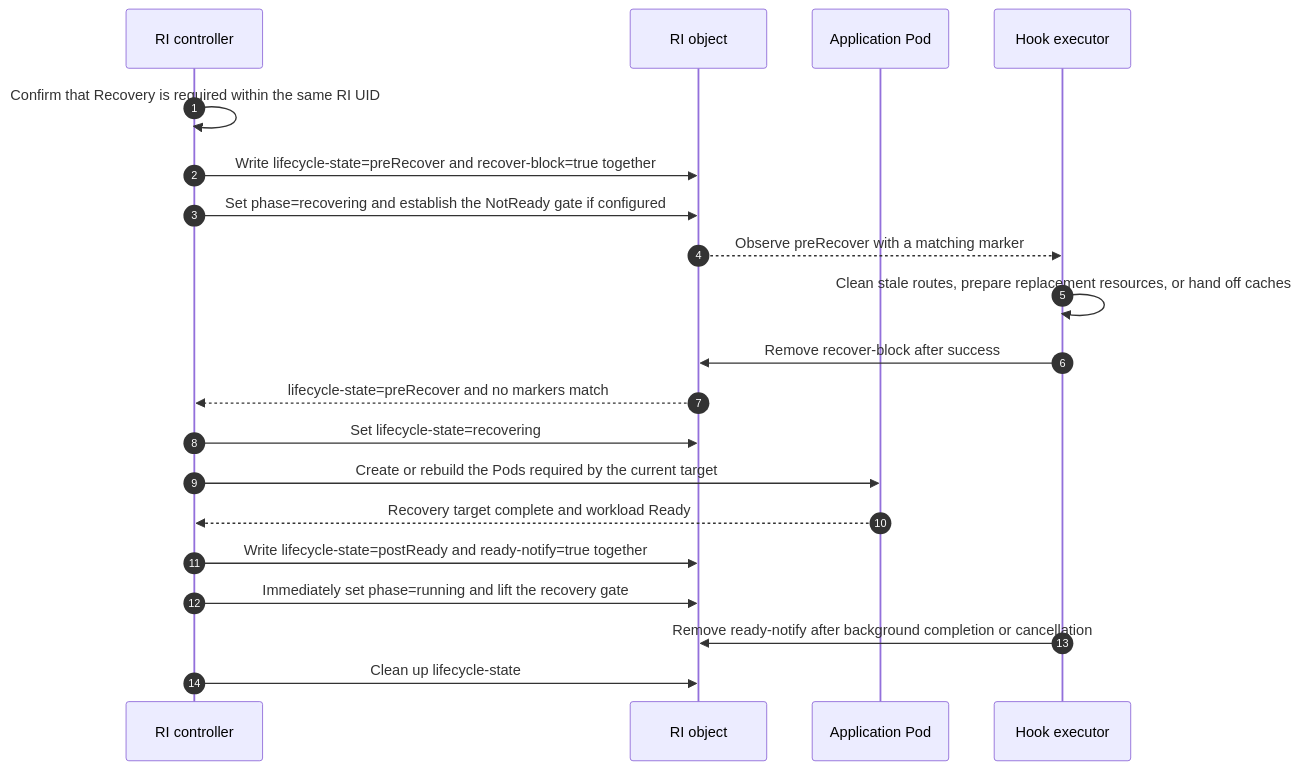
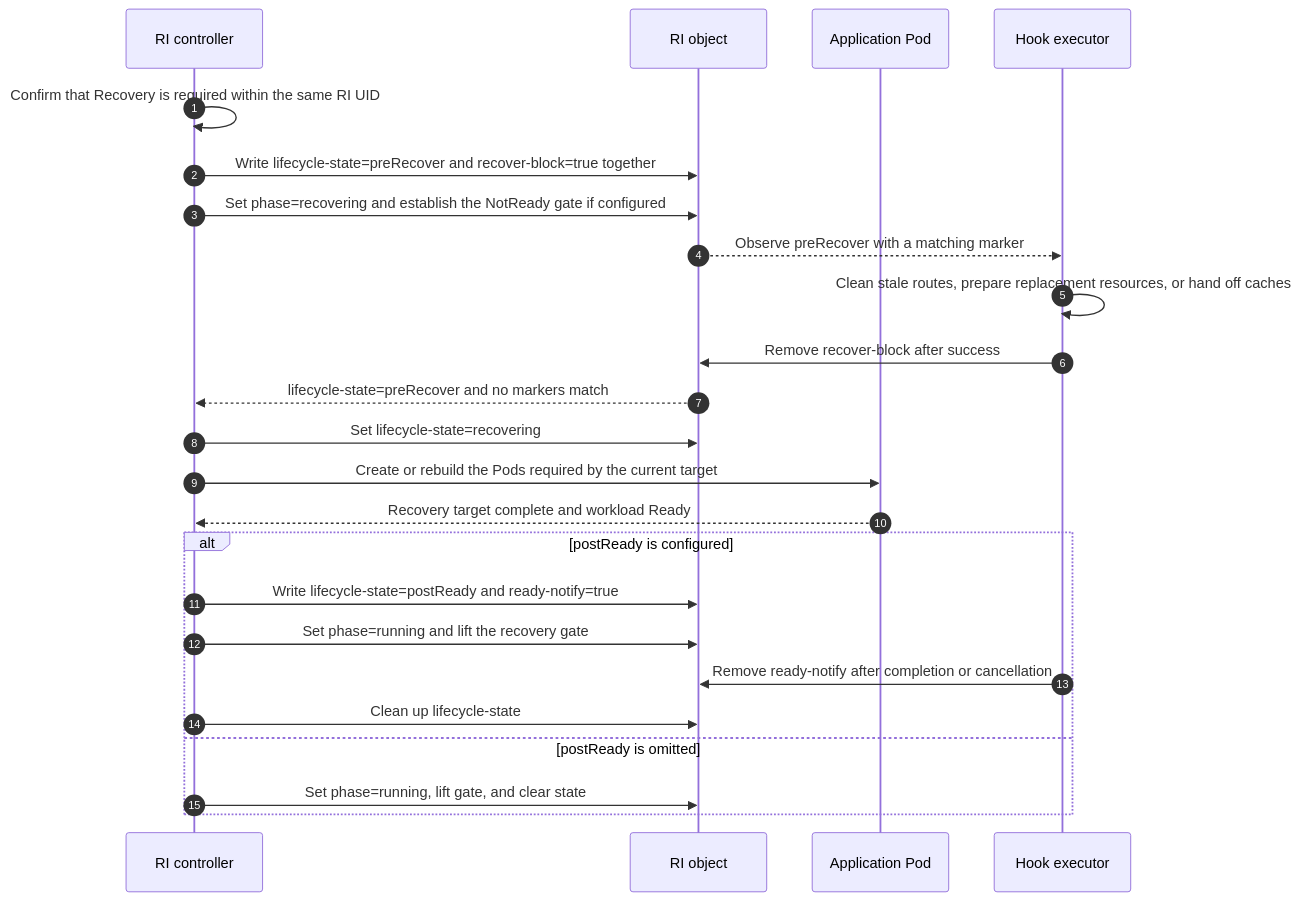
Before and after one commit to sgl-project/rbg: the second of 4 diagrams in keps/527-roleinstance-lifecycle/README.md, drawn with Mermaid. The commit also changed other lines of this file and 1 other file, not shown here.

````diff
--- a/keps/527-roleinstance-lifecycle/README.md
+++ b/keps/527-roleinstance-lifecycle/README.md
@@ -483,22 +489,26 @@
 ```mermaid
 sequenceDiagram
     autonumber
     participant C as RI controller
     participant R as RI object
     participant P as Application Pod
     participant E as Hook executor
     C->>C: Confirm that Recovery is required within the same RI UID
     C->>R: Write lifecycle-state=preRecover and recover-block=true together
     C->>R: Set phase=recovering and establish the NotReady gate if configured
     R-->>E: Observe preRecover with a matching marker
     E->>E: Clean stale routes, prepare replacement resources, or hand off caches
     E->>R: Remove recover-block after success
     R-->>C: lifecycle-state=preRecover and no markers match
     C->>R: Set lifecycle-state=recovering
     C->>P: Create or rebuild the Pods required by the current target
     P-->>C: Recovery target complete and workload Ready
-    C->>R: Write lifecycle-state=postReady and ready-notify=true together
-    C->>R: Immediately set phase=running and lift the recovery gate
-    E->>R: Remove ready-notify after background completion or cancellation
-    C->>R: Clean up lifecycle-state
+    alt postReady is configured
+        C->>R: Write lifecycle-state=postReady and ready-notify=true
+        C->>R: Set phase=running and lift the recovery gate
+        E->>R: Remove ready-notify after completion or cancellation
+        C->>R: Clean up lifecycle-state
+    else postReady is omitted
+        C->>R: Set phase=running, lift gate, and clear state
+    end
 ```
````
